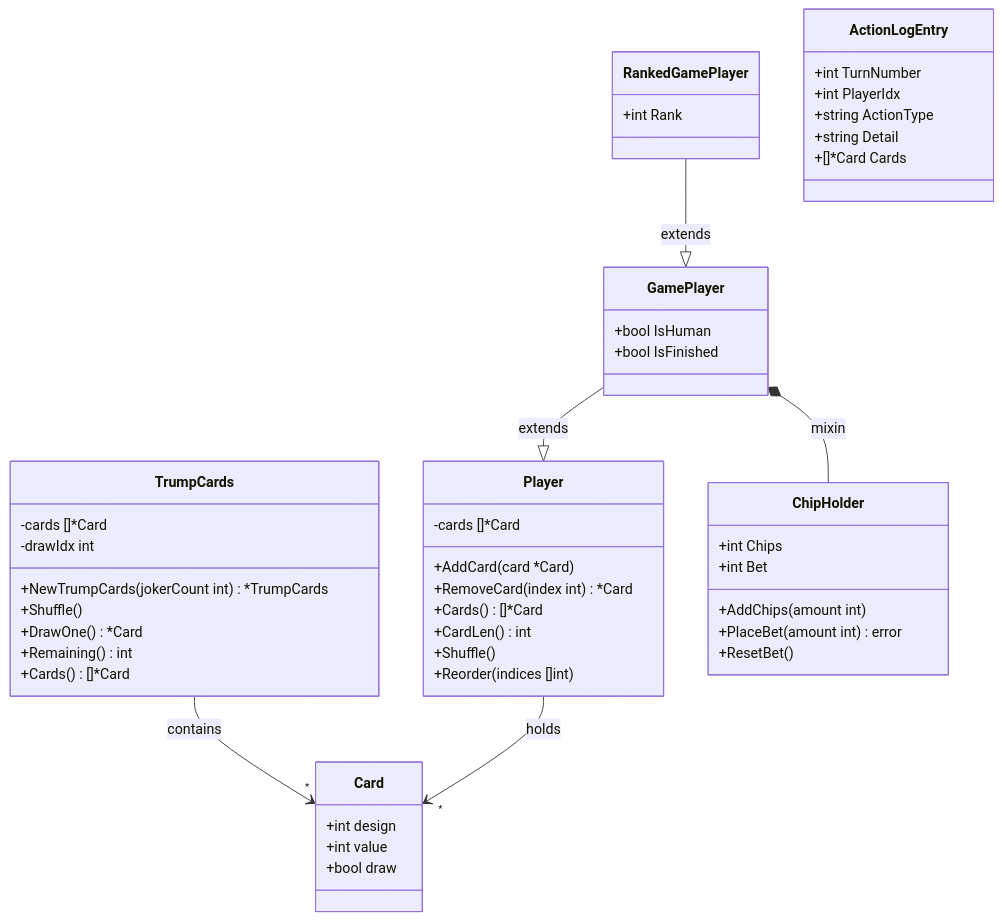
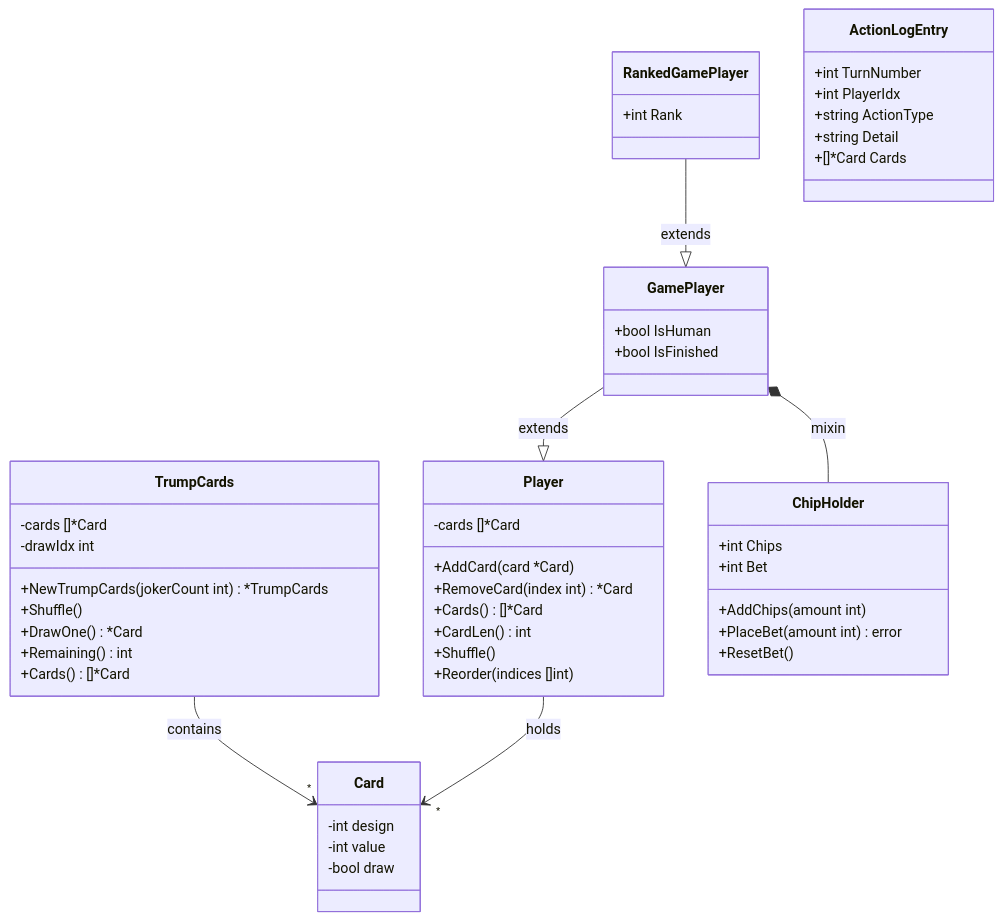
The first of 24 diagrams in docs/design/backend.md (yuta-yoshinaga/go_trumpcards), drawn with Mermaid before and after one commit. The commit also changed 1 other file, not shown here.

Commit message:
fix: address second round PR review feedback
- Fix Card fields UML visibility: + (public) to - (private) for
  unexported Go fields
- Rename SolitairePhase to KlondikePhase to match actual TypeScript
  export name, note that FreeCellPhase/SpiderPhase share same values

````diff
--- a/docs/design/backend.md
+++ b/docs/design/backend.md
@@ -36,59 +36,59 @@
 ```mermaid
 classDiagram
     class Card {
-        +int design
-        +int value
-        +bool draw
+        -int design
+        -int value
+        -bool draw
     }
 
     class TrumpCards {
         -cards []*Card
         -drawIdx int
         +NewTrumpCards(jokerCount int) *TrumpCards
         +Shuffle()
         +DrawOne() *Card
         +Remaining() int
         +Cards() []*Card
     }
 
     class Player {
         -cards []*Card
         +AddCard(card *Card)
         +RemoveCard(index int) *Card
         +Cards() []*Card
         +CardLen() int
         +Shuffle()
         +Reorder(indices []int)
     }
 
     class GamePlayer {
         +bool IsHuman
         +bool IsFinished
     }
 
     class RankedGamePlayer {
         +int Rank
     }
 
     class ChipHolder {
         +int Chips
         +int Bet
         +AddChips(amount int)
         +PlaceBet(amount int) error
         +ResetBet()
     }
 
     class ActionLogEntry {
         +int TurnNumber
         +int PlayerIdx
         +string ActionType
         +string Detail
         +[]*Card Cards
     }
 
     TrumpCards --> "*" Card : contains
     Player --> "*" Card : holds
     GamePlayer --|> Player : extends
     RankedGamePlayer --|> GamePlayer : extends
     GamePlayer *-- ChipHolder : mixin
 ```
````
